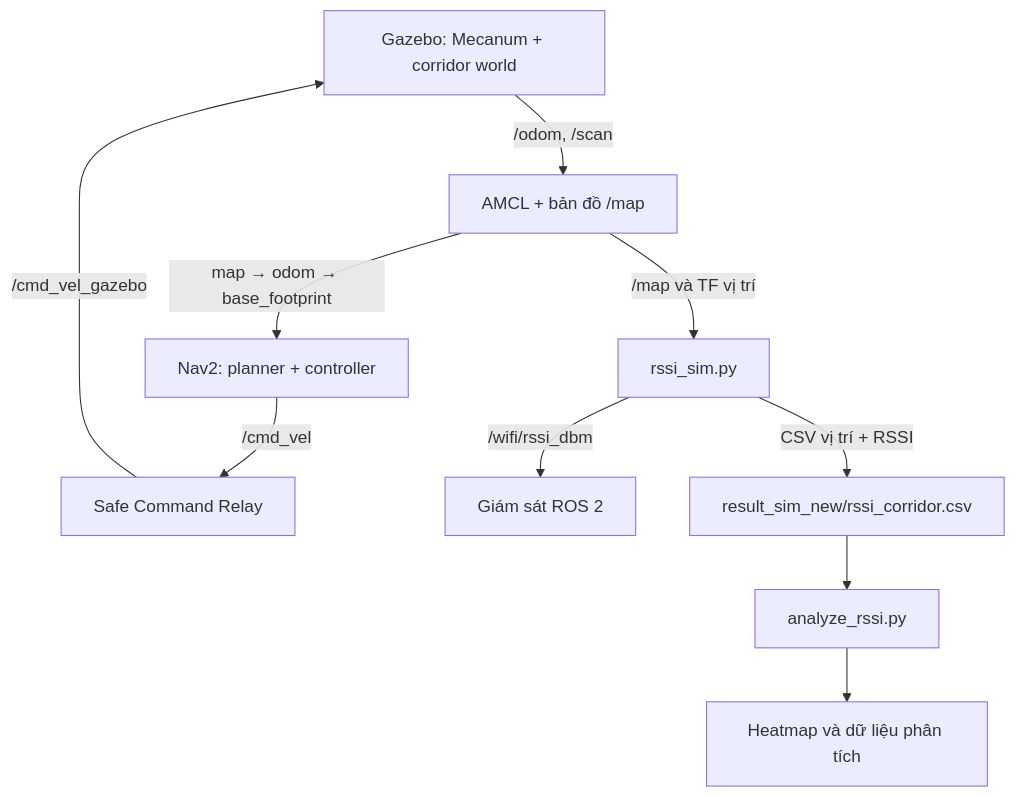
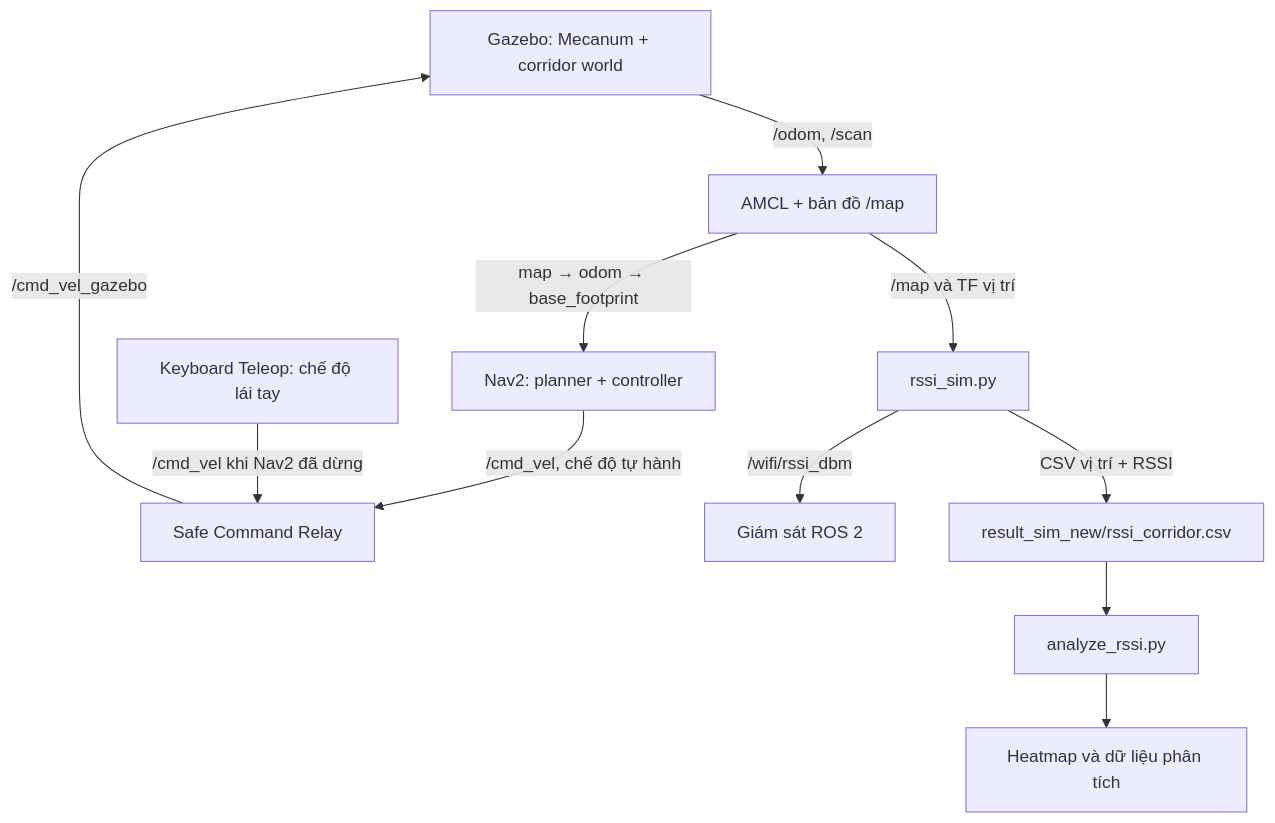
Before and after one commit to dungphung27/N44-2026-LTM-011-040-032: the diagram in README.md, drawn with Mermaid. The commit also changed other lines of this file and 13 other files, not shown here.

Commit message:
Document and integrate keyboard teleop for Mecanum simulation

````diff
--- a/README.md
+++ b/README.md
@@ -157,12 +190,13 @@
 ```mermaid
 flowchart TD
     G[Gazebo: Mecanum + corridor world] -->|/odom, /scan| L[AMCL + bản đồ /map]
     L -->|map → odom → base_footprint| N[Nav2: planner + controller]
-    N -->|/cmd_vel| R[Safe Command Relay]
+    N -->|/cmd_vel, chế độ tự hành| R[Safe Command Relay]
+    K[Keyboard Teleop: chế độ lái tay] -->|/cmd_vel khi Nav2 đã dừng| R
     R -->|/cmd_vel_gazebo| G
     L -->|/map và TF vị trí| S[rssi_sim.py]
     S -->|/wifi/rssi_dbm| T[Giám sát ROS 2]
     S -->|CSV vị trí + RSSI| C[result_sim_new/rssi_corridor.csv]
     C --> A[analyze_rssi.py]
     A --> H[Heatmap và dữ liệu phân tích]
 ```
````
